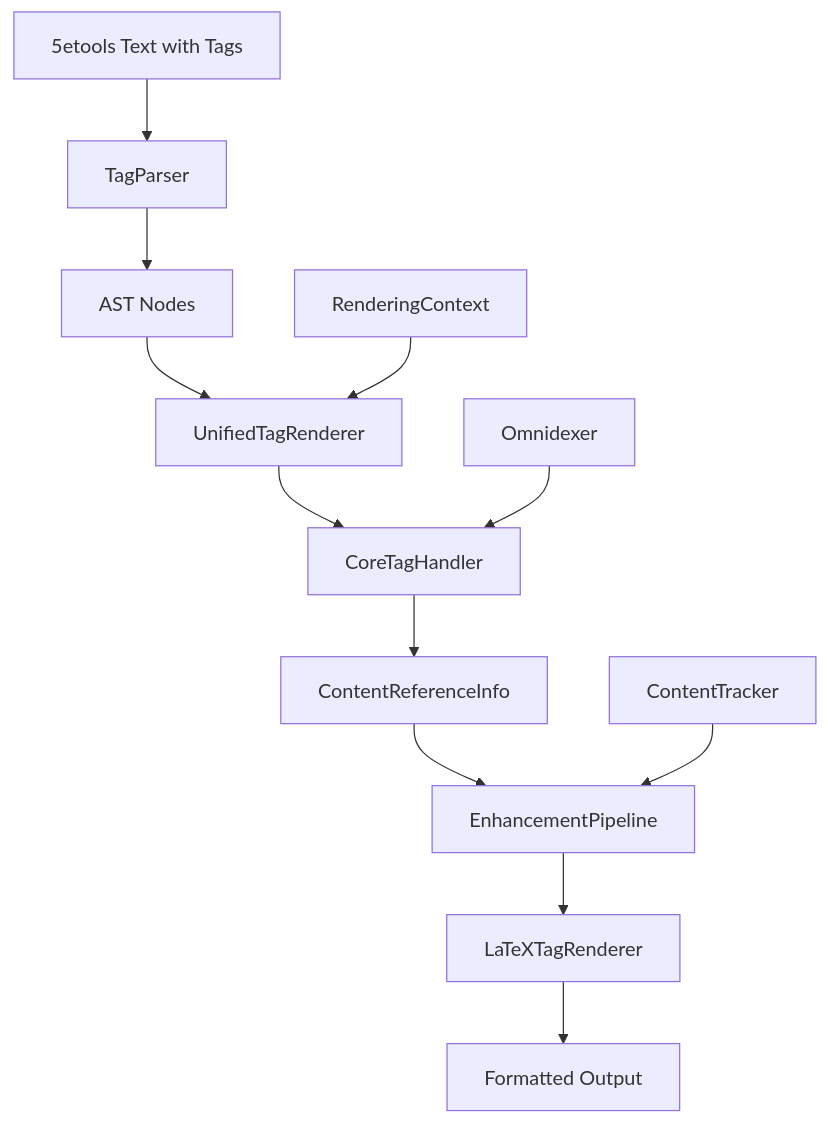
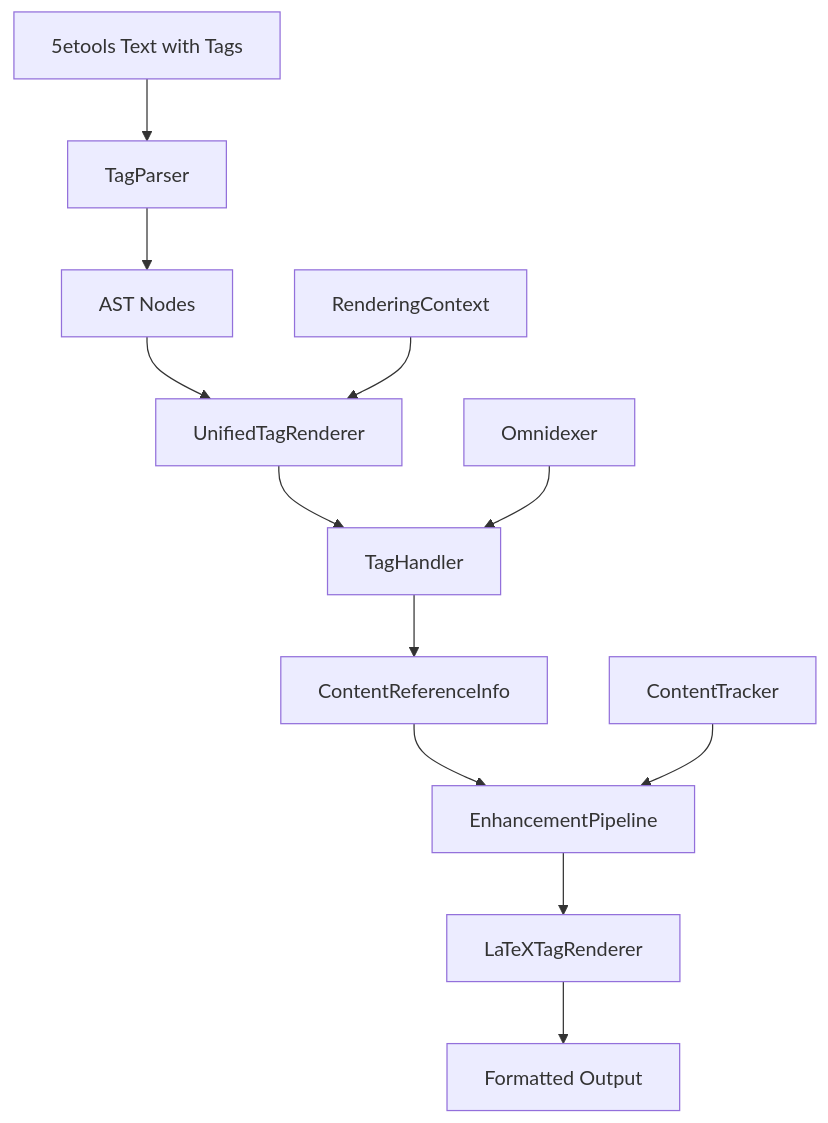
The diagram in docs/source/developer/system-guide/component-deep-dives/tag-system-architecture.md (sargeant/studiorum), drawn with Mermaid before and after one commit. The commit also changed other lines of this file and 15 other files, not shown here.

````diff
--- a/docs/source/developer/system-guide/component-deep-dives/tag-system-architecture.md
+++ b/docs/source/developer/system-guide/component-deep-dives/tag-system-architecture.md
@@ -28,17 +28,17 @@
 ```mermaid
 graph TD
     A[5etools Text with Tags] --> B[TagParser]
     B --> C[AST Nodes]
     C --> D[UnifiedTagRenderer]
 
-    D --> E[CoreTagHandler]
+    D --> E[TagHandler]
     E --> F[ContentReferenceInfo]
 
     F --> G[EnhancementPipeline]
     G --> H[LaTeXTagRenderer]
     H --> I[Formatted Output]
 
     J[RenderingContext] --> D
     K[Omnidexer] --> E
     L[ContentTracker] --> G
 ```
````
